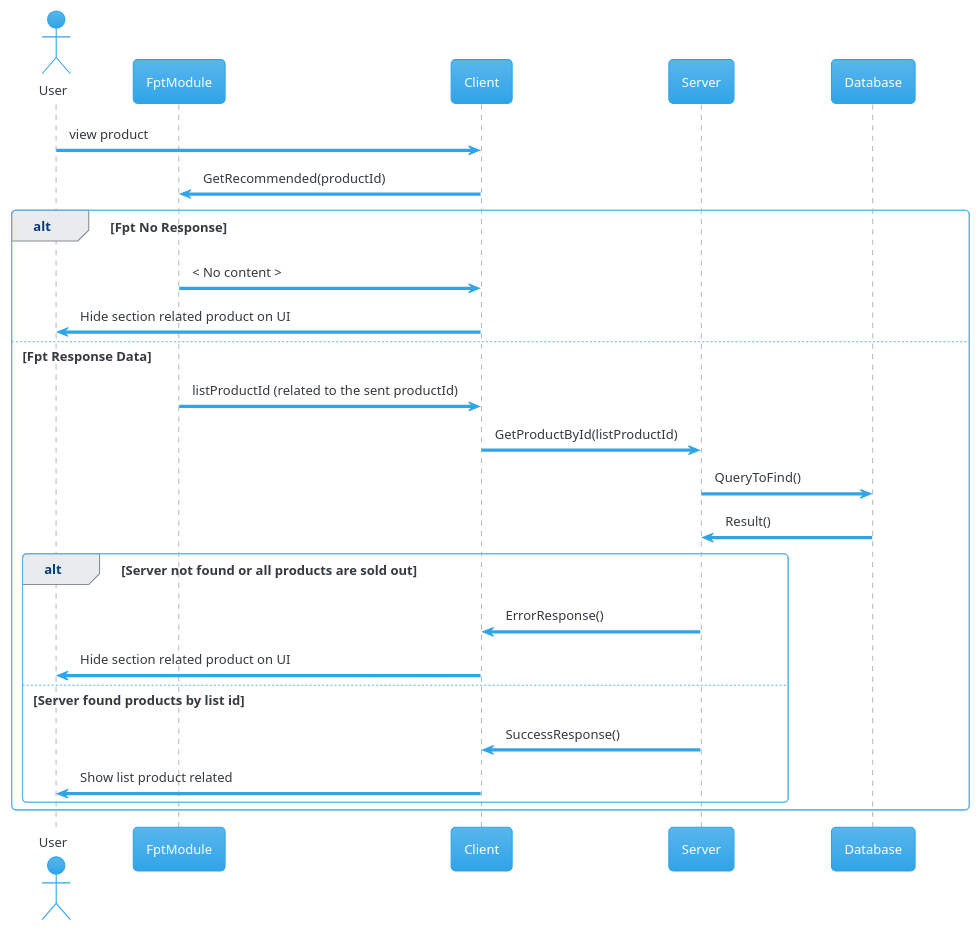
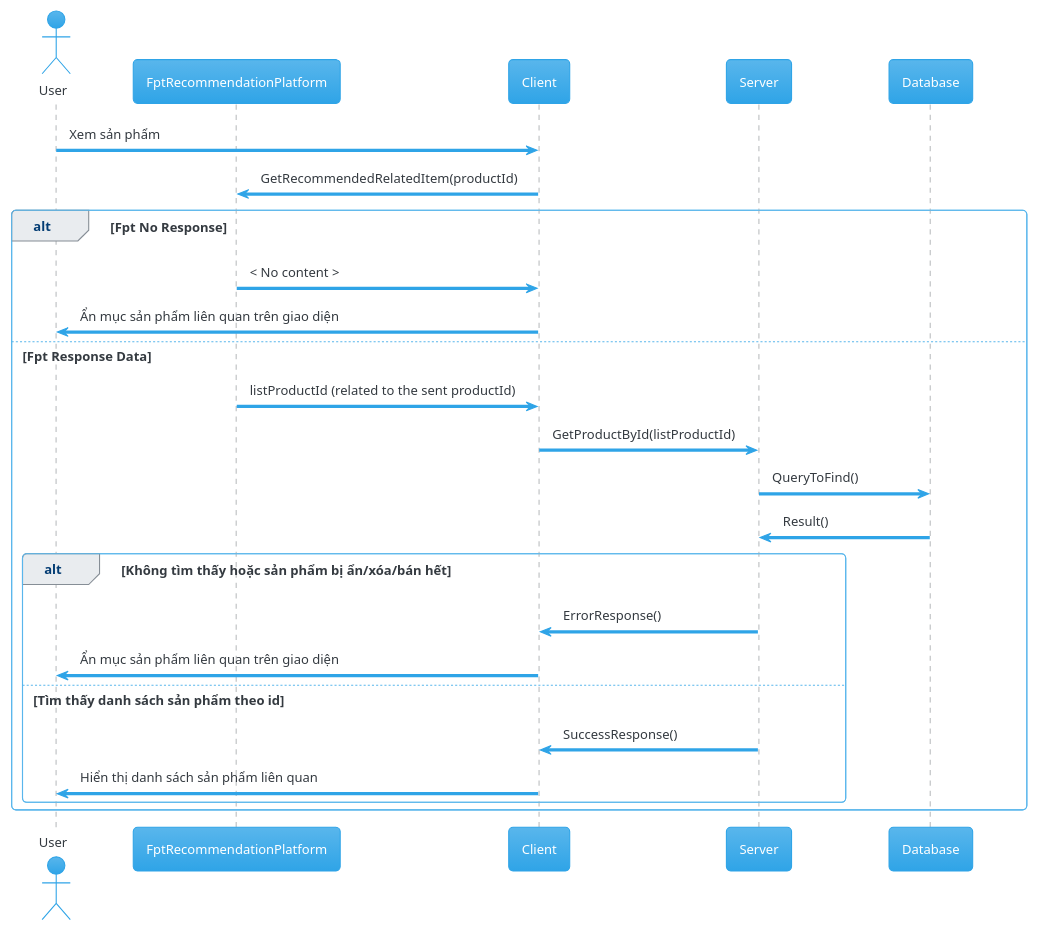
Before and after one commit to quockhanhtn/mern-ecommerce: the diagram in docs/diagrams/fpt.wsd, drawn with PlantUML. The commit also changed 7 other files, not shown here.

```diff
--- a/docs/diagrams/fpt.wsd
+++ b/docs/diagrams/fpt.wsd
@@ -1,34 +1,34 @@
 @startuml fpt recom
 !theme cerulean
 
 actor       User       as u
-participant FptModule as f
+participant FptRecommendationPlatform as f
 participant Client as c
 participant Server as s
 participant Database as d
 
-u -> c: view product
-c -> f: GetRecommended(productId)
+u -> c: Xem sản phẩm
+c -> f: GetRecommendedRelatedItem(productId)
 
 alt Fpt No Response
   f -> c: < No content >
-  c -> u: Hide section related product on UI
+  c -> u: Ẩn mục sản phẩm liên quan trên giao diện
 
 else Fpt Response Data
   f -> c: listProductId (related to the sent productId)
 
   c -> s: GetProductById(listProductId)
   s -> d: QueryToFind()
   d -> s: Result()
 
-  alt  Server not found or all products are sold out
+  alt Không tìm thấy hoặc sản phẩm bị ẩn/xóa/bán hết
     s -> c: ErrorResponse()
-    c -> u: Hide section related product on UI
-  else Server found products by list id
+    c -> u: Ẩn mục sản phẩm liên quan trên giao diện
+  else Tìm thấy danh sách sản phẩm theo id
     s -> c: SuccessResponse()
-    c -> u: Show list product related   
+    c -> u: Hiển thị danh sách sản phẩm liên quan
   end
 end
 
 
 @endumc
```
